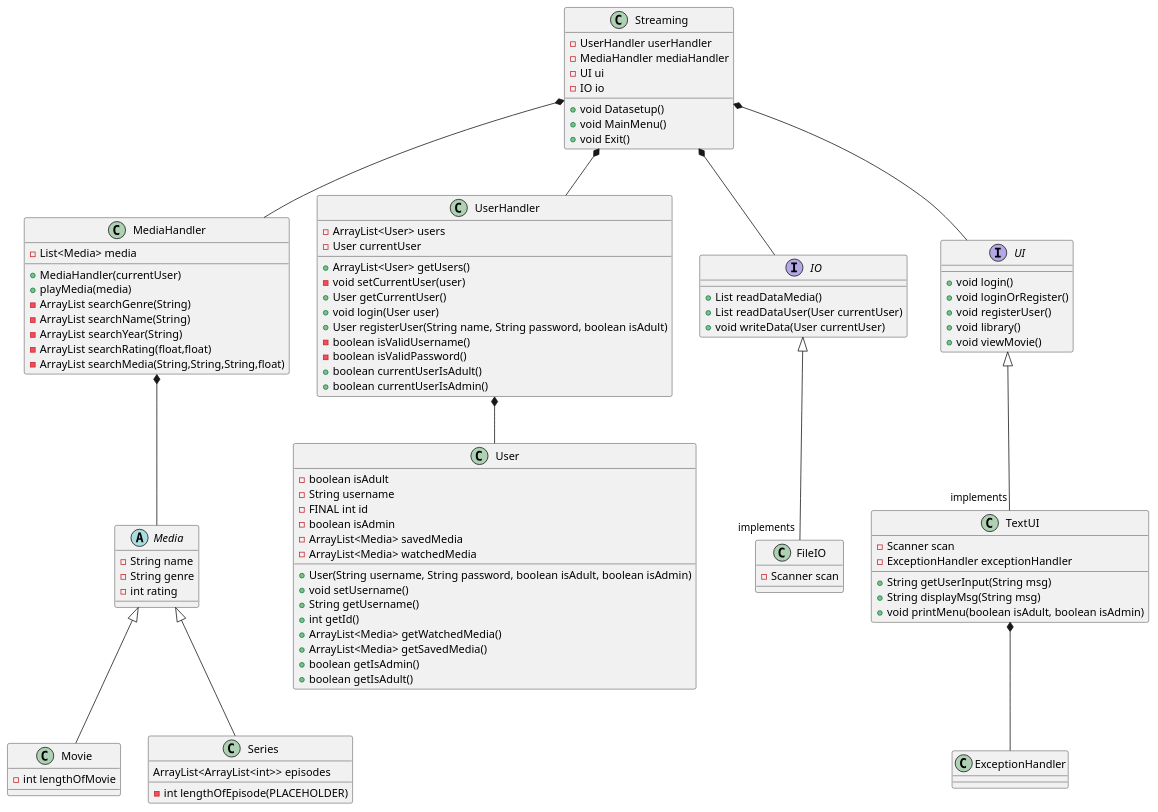
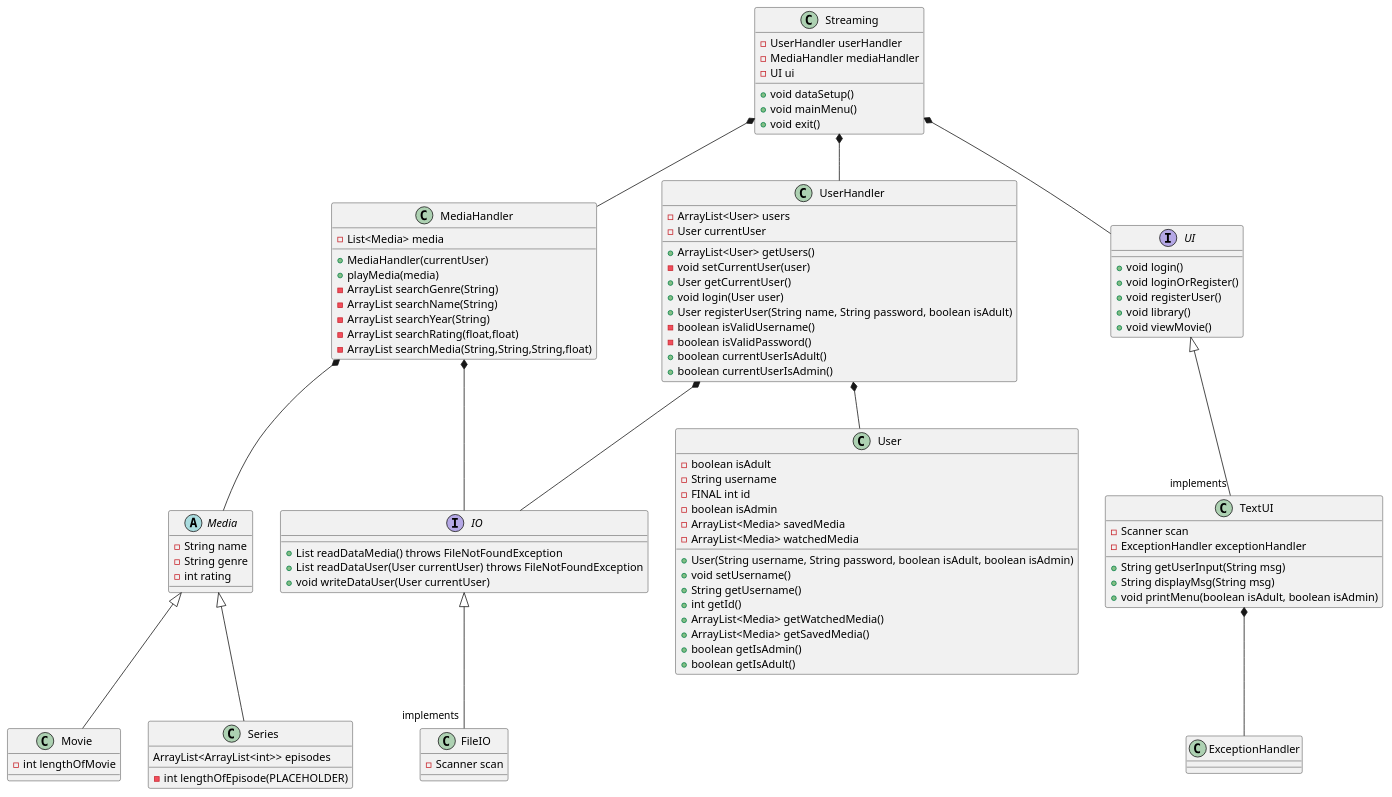
The diagram in SP3 - Streaming Tjeneste/Documentation/ClassDiagram.puml (Ghostz-Games/SP3---Streamingtjeneste---Gruppe-B---2023), drawn with PlantUML before and after one commit. The commit also changed 6 other files, not shown here.

```diff
--- a/SP3 - Streaming Tjeneste/Documentation/ClassDiagram.puml
+++ b/SP3 - Streaming Tjeneste/Documentation/ClassDiagram.puml
@@ -1,109 +1,111 @@
 @startuml
 'https://plantuml.com/class-diagram
 
 class Streaming
 class MediaHandler
 abstract class Media
 class Movie
 class Series
 class UserHandler
 class FileIO
 interface IO
 interface UI
 class TextUI
 class ExceptionHandler
 class User
 
 
 
 Streaming *-- UserHandler
 UserHandler *-- User
 Streaming *-- MediaHandler
 MediaHandler *-- Media
 Media <|--  Movie
 Media <|--  Series
 
 IO <|-- "implements" FileIO
 UI <|-- "implements" TextUI
 TextUI *-- ExceptionHandler
-Streaming *-- IO
+UserHandler *-- IO
+MediaHandler *-- IO
+'''Streaming *-- IO
 Streaming *-- UI
 
 UserHandler : + ArrayList<User> getUsers()
 UserHandler : - void setCurrentUser(user)
 UserHandler : + User getCurrentUser()
 UserHandler : - ArrayList<User> users
 UserHandler : - User currentUser
 UserHandler : + void login(User user)
 UserHandler : + User registerUser(String name, String password, boolean isAdult)
 UserHandler : - boolean isValidUsername()
 UserHandler : - boolean isValidPassword()
 UserHandler : + boolean currentUserIsAdult()
 UserHandler : + boolean currentUserIsAdmin()
 
 User : - boolean isAdult
 User : - String username
 User : - FINAL int id
 User : - boolean isAdmin
 User : - ArrayList<Media> savedMedia
 User : - ArrayList<Media> watchedMedia
 User : + User(String username, String password, boolean isAdult, boolean isAdmin)
 User : + void setUsername()
 User : + String getUsername()
 User : + int getId()
 User : + ArrayList<Media> getWatchedMedia()
 User : + ArrayList<Media> getSavedMedia()
 User : + boolean getIsAdmin()
 User : + boolean getIsAdult()
 
 MediaHandler : +MediaHandler(currentUser)
 MediaHandler : - List<Media> media
 MediaHandler : + playMedia(media)
 
-Streaming : -UserHandler userHandler
-Streaming : -MediaHandler mediaHandler
+Streaming : - UserHandler userHandler
+Streaming : - MediaHandler mediaHandler
 Streaming : - UI ui
-Streaming : - IO io
-Streaming : + void Datasetup()
-Streaming : + void MainMenu()
-Streaming : + void Exit()
+'''Streaming : - IO io
+Streaming : + void dataSetup()
+Streaming : + void mainMenu()
+Streaming : + void exit()
 
 TextUI : - Scanner scan
 TextUI : + String getUserInput(String msg)
 TextUI : + String displayMsg(String msg)
 TextUI : + void printMenu(boolean isAdult, boolean isAdmin)
 TextUI : - ExceptionHandler exceptionHandler
 
 
-IO : + List readDataMedia()
-IO : + List readDataUser(User currentUser)
-IO : + void writeData(User currentUser)
+IO : + List readDataMedia() throws FileNotFoundException
+IO : + List readDataUser(User currentUser) throws FileNotFoundException
+IO : + void writeDataUser(User currentUser)
 
 UI : + void login()
 UI : + void loginOrRegister()
 UI : + void registerUser()
 UI : + void library()
 UI : + void viewMovie()
 
 FileIO : - Scanner scan
 
 
 MediaHandler : - ArrayList searchGenre(String)
 MediaHandler : - ArrayList searchName(String)
 MediaHandler : - ArrayList searchYear(String)
 MediaHandler : - ArrayList searchRating(float,float)
 MediaHandler : - ArrayList searchMedia(String,String,String,float)
 
 Media : - String name
 Media : - String genre
 Media : - int rating
 
 Series : ArrayList<ArrayList<int>> episodes
 
 Movie : - int lengthOfMovie
 
 Series : - int lengthOfEpisode(PLACEHOLDER)
 
 
 
 @enduml
```
